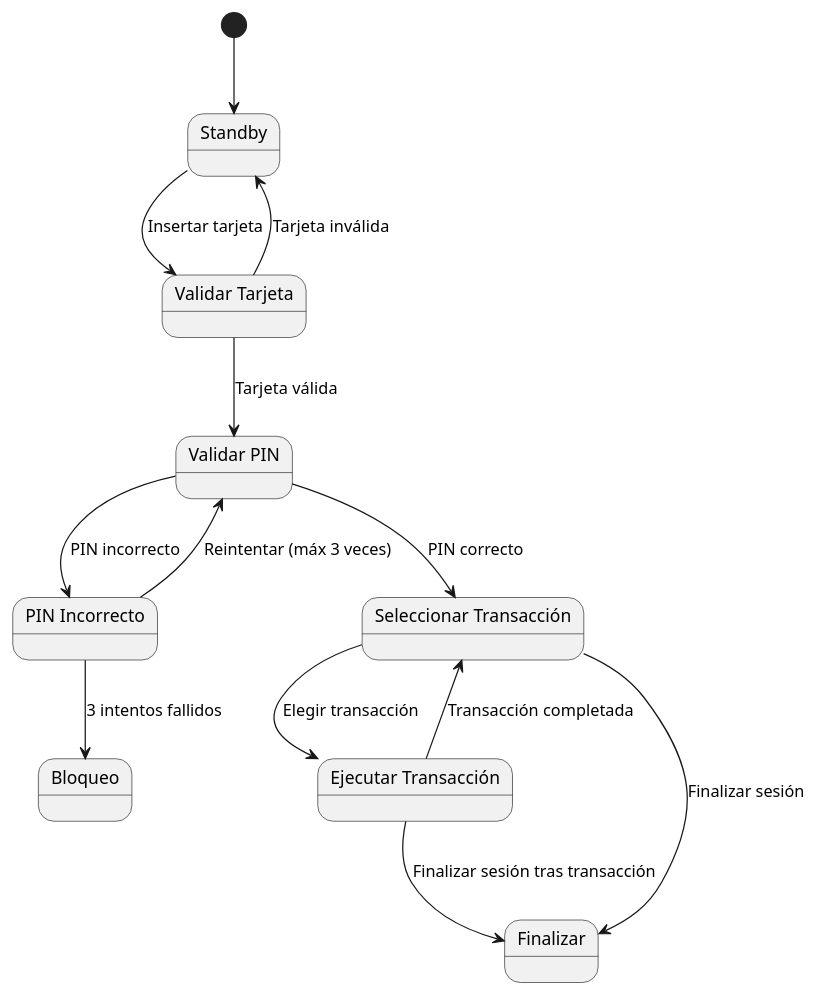
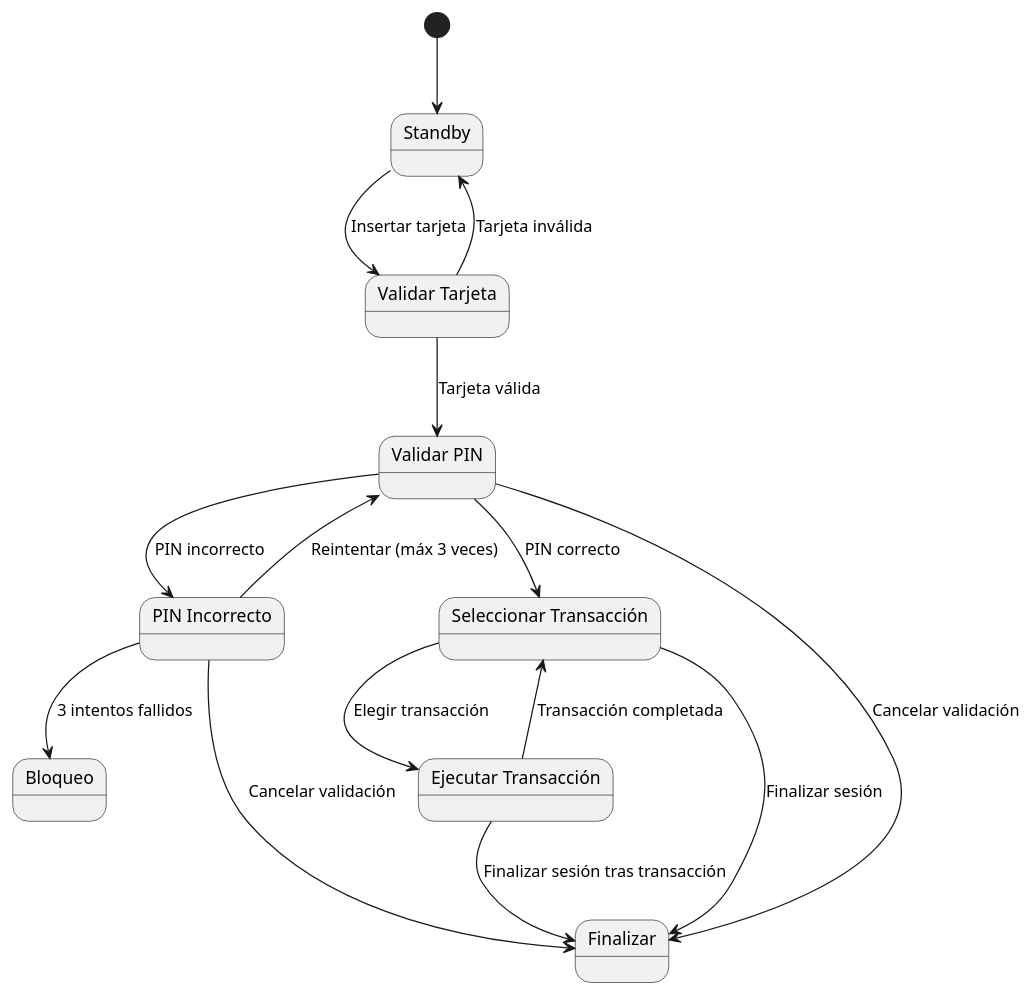
Before and after one commit to AntonioCB21/DAW1_6.3_ACB: the diagram in 6.3.md, drawn with PlantUML. The commit also changed other lines of this file, not shown here.

```diff
--- a/6.3.md
+++ b/6.3.md
@@ -1,28 +3,28 @@
 @startuml
-
 state Standby
 state "Validar Tarjeta" as ValidarTarjeta
 state "Validar PIN" as ValidarPIN
 state "PIN Incorrecto" as PinIncorrecto
 state Bloqueo
 state "Seleccionar Transacción" as SeleccionarTransaccion
 state "Ejecutar Transacción" as EjecutarTransaccion
 state Finalizar
 
 [*] --> Standby
 Standby --> ValidarTarjeta : Insertar tarjeta
 ValidarTarjeta --> Standby : Tarjeta inválida
 ValidarTarjeta --> ValidarPIN : Tarjeta válida
 
 ValidarPIN --> PinIncorrecto : PIN incorrecto
 PinIncorrecto --> ValidarPIN : Reintentar (máx 3 veces)
 PinIncorrecto --> Bloqueo : 3 intentos fallidos
+ValidarPIN --> Finalizar : Cancelar validación
+PinIncorrecto --> Finalizar : Cancelar validación
 
 ValidarPIN --> SeleccionarTransaccion : PIN correcto
 SeleccionarTransaccion --> EjecutarTransaccion : Elegir transacción
 EjecutarTransaccion --> SeleccionarTransaccion : Transacción completada
 
 SeleccionarTransaccion --> Finalizar : Finalizar sesión
 EjecutarTransaccion --> Finalizar : Finalizar sesión tras transacción
-
 @enduml
```
